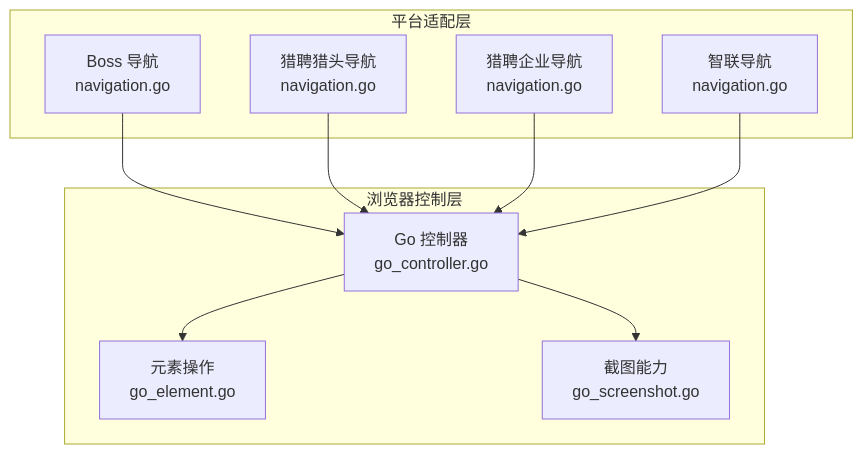
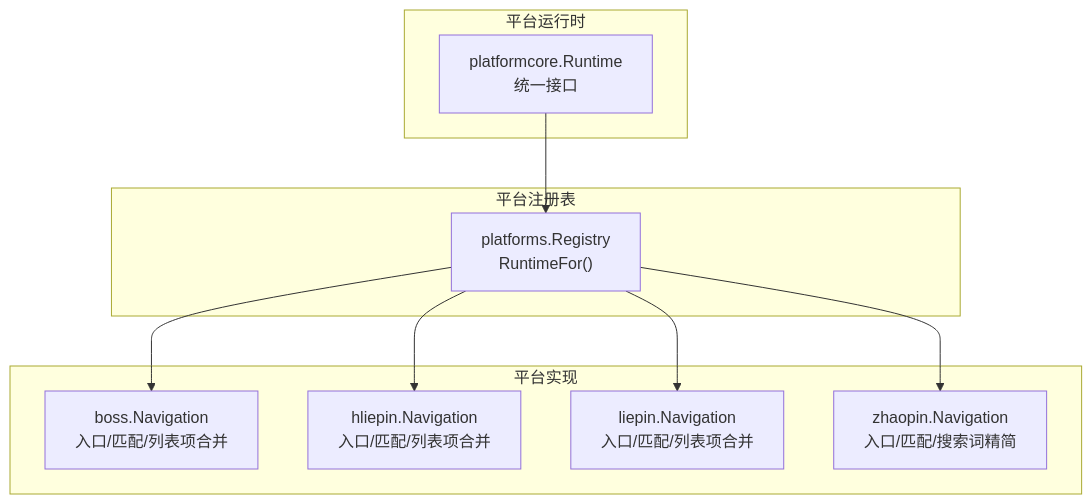
The first of 6 diagrams in .qoder/repowiki/zh/content/本地执行器/平台适配器/前程无忧适配器/页面导航.md (alvinwangzi/goodhr), drawn with Mermaid before and after one commit. The commit also changed other lines of this file and 149 other files, not shown here.

````diff
--- a/.qoder/repowiki/zh/content/本地执行器/平台适配器/前程无忧适配器/页面导航.md
+++ b/.qoder/repowiki/zh/content/本地执行器/平台适配器/前程无忧适配器/页面导航.md
@@ -41,20 +36,20 @@
 ```mermaid
 graph TB
-subgraph "平台适配层"
-BOSS_NAV["Boss 导航<br/>navigation.go"]
-HLPIN_NAV["猎聘猎头导航<br/>navigation.go"]
-LIEPIN_NAV["猎聘企业导航<br/>navigation.go"]
-ZHAOPIN_NAV["智联导航<br/>navigation.go"]
+subgraph "平台运行时"
+RC["platformcore.Runtime<br/>统一接口"]
 end
-subgraph "浏览器控制层"
-CTRL["Go 控制器<br/>go_controller.go"]
-ELEM["元素操作<br/>go_element.go"]
-SCREEN["截图能力<br/>go_screenshot.go"]
+subgraph "平台注册表"
+REG["platforms.Registry<br/>RuntimeFor()"]
 end
-BOSS_NAV --> CTRL
-HLPIN_NAV --> CTRL
-LIEPIN_NAV --> CTRL
-ZHAOPIN_NAV --> CTRL
-CTRL --> ELEM
-CTRL --> SCREEN
+subgraph "平台实现"
+BOSS["boss.Navigation<br/>入口/匹配/列表项合并"]
+HLP["hliepin.Navigation<br/>入口/匹配/列表项合并"]
+LIP["liepin.Navigation<br/>入口/匹配/列表项合并"]
+ZP["zhaopin.Navigation<br/>入口/匹配/搜索词精简"]
+end
+RC --> REG
+REG --> BOSS
+REG --> HLP
+REG --> LIP
+REG --> ZP
 ```
````
